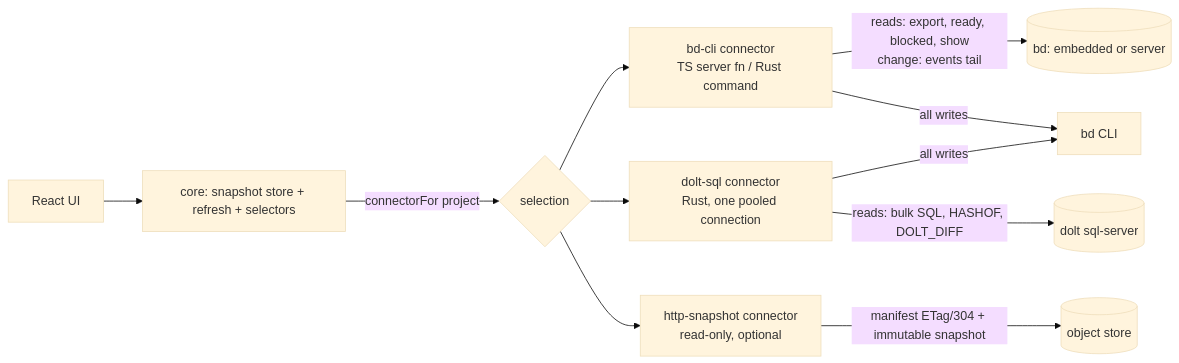
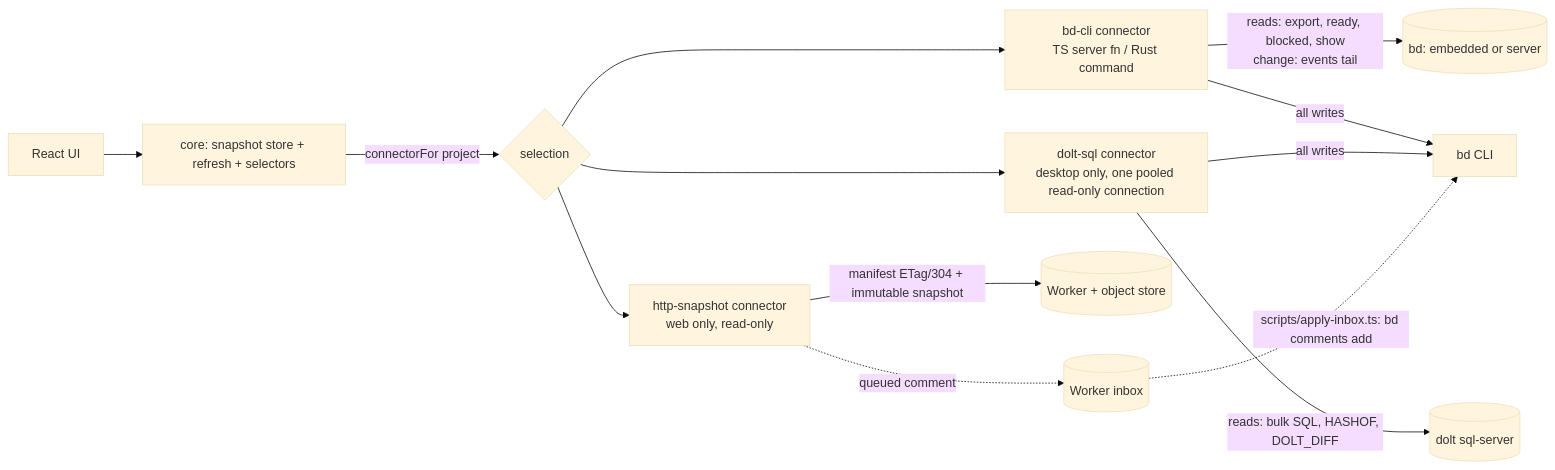
Before and after one commit to nyashkn/bd-board: the diagram in docs/read-layer.md, drawn with Mermaid (base theme). The commit also changed other lines of this file and 1 other file, not shown here.

First line of the commit message:
docs(read-layer): what shipped, plus the RUM before/after script (bdb-84h.15, bdb-84h.9) (#34)

````diff
--- a/docs/read-layer.md
+++ b/docs/read-layer.md
@@ -116,12 +183,14 @@
 ```mermaid
 flowchart LR
   UI[React UI] --> Core[core: snapshot store + refresh + selectors]
   Core -->|connectorFor project| Sel{selection}
   Sel --> BDC[bd-cli connector<br/>TS server fn / Rust command]
-  Sel --> SQL[dolt-sql connector<br/>Rust, one pooled connection]
-  Sel --> HTTP[http-snapshot connector<br/>read-only, optional]
+  Sel --> SQL[dolt-sql connector<br/>desktop only, one pooled read-only connection]
+  Sel --> HTTP[http-snapshot connector<br/>web only, read-only]
   BDC -->|reads: export, ready, blocked, show<br/>change: events tail| BD[(bd: embedded or server)]
   SQL -->|reads: bulk SQL, HASHOF, DOLT_DIFF| DS[(dolt sql-server)]
-  HTTP -->|manifest ETag/304 + immutable snapshot| R2[(object store)]
+  HTTP -->|manifest ETag/304 + immutable snapshot| R2[(Worker + object store)]
   BDC & SQL -->|all writes| BDW[bd CLI]
+  HTTP -.->|queued comment| INBOX[(Worker inbox)]
+  INBOX -.->|scripts/apply-inbox.ts: bd comments add| BDW
 ```
````
